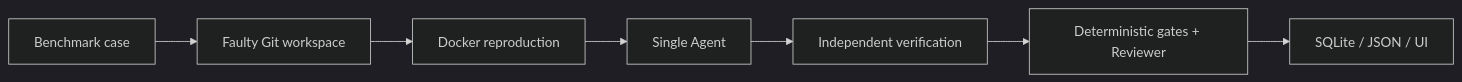
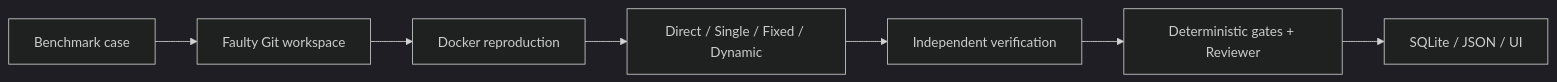
One commit to Mark3Vxxx/IssueFlow-Software-Engineering-Agent changed the diagram in README.md. Above: the diagram before and after it, drawn with Mermaid (dark theme). The commit also changed other lines of this file and 21 other files, not shown here.

Commit message:
test: verify phase two agent architectures

````diff
--- a/README.md
+++ b/README.md
@@ -11,9 +11,9 @@
 ```mermaid
 flowchart LR
     A["Benchmark case"] --> B["Faulty Git workspace"]
     B --> C["Docker reproduction"]
-    C --> D["Single Agent"]
+    C --> D["Direct / Single / Fixed / Dynamic"]
     D --> E["Independent verification"]
     E --> F["Deterministic gates + Reviewer"]
     F --> G["SQLite / JSON / UI"]
 ```
````
